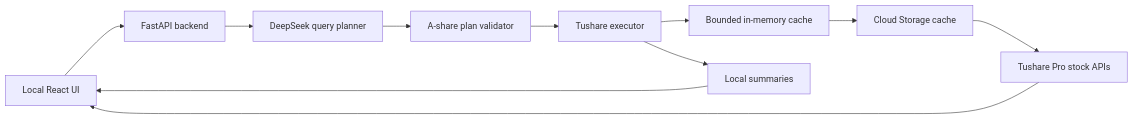
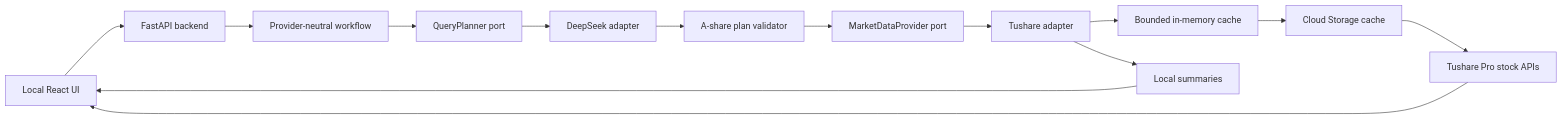
One commit to howardliuchenxi/china_a_share changed the diagram in README.md. Above: the diagram before and after it, drawn with Mermaid. The commit also changed other lines of this file and 70 other files, not shown here.

````diff
--- a/README.md
+++ b/README.md
@@ -44,13 +45,16 @@
 ```mermaid
 flowchart LR
     UI["Local React UI"] --> API["FastAPI backend"]
-    API --> PLANNER["DeepSeek query planner"]
+    API --> WORKFLOW["Provider-neutral workflow"]
+    WORKFLOW --> PLANNER_PORT["QueryPlanner port"]
+    PLANNER_PORT --> PLANNER["DeepSeek adapter"]
     PLANNER --> VALIDATOR["A-share plan validator"]
-    VALIDATOR --> EXECUTOR["Tushare executor"]
+    VALIDATOR --> PROVIDER_PORT["MarketDataProvider port"]
+    PROVIDER_PORT --> EXECUTOR["Tushare adapter"]
     EXECUTOR --> L1["Bounded in-memory cache"]
     L1 --> L2["Cloud Storage cache"]
     L2 --> TUSHARE["Tushare Pro stock APIs"]
     EXECUTOR --> LOCAL["Local summaries"]
     TUSHARE --> UI
     LOCAL --> UI
 ```
````
